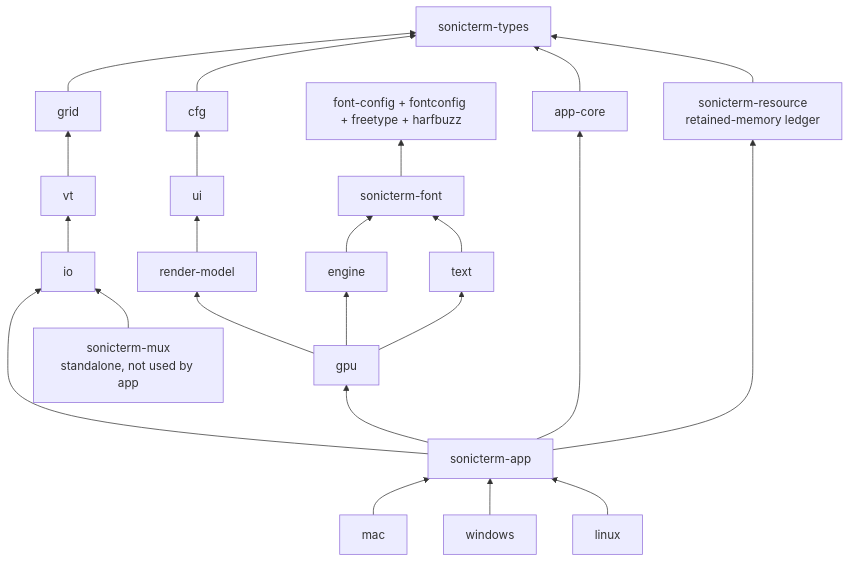
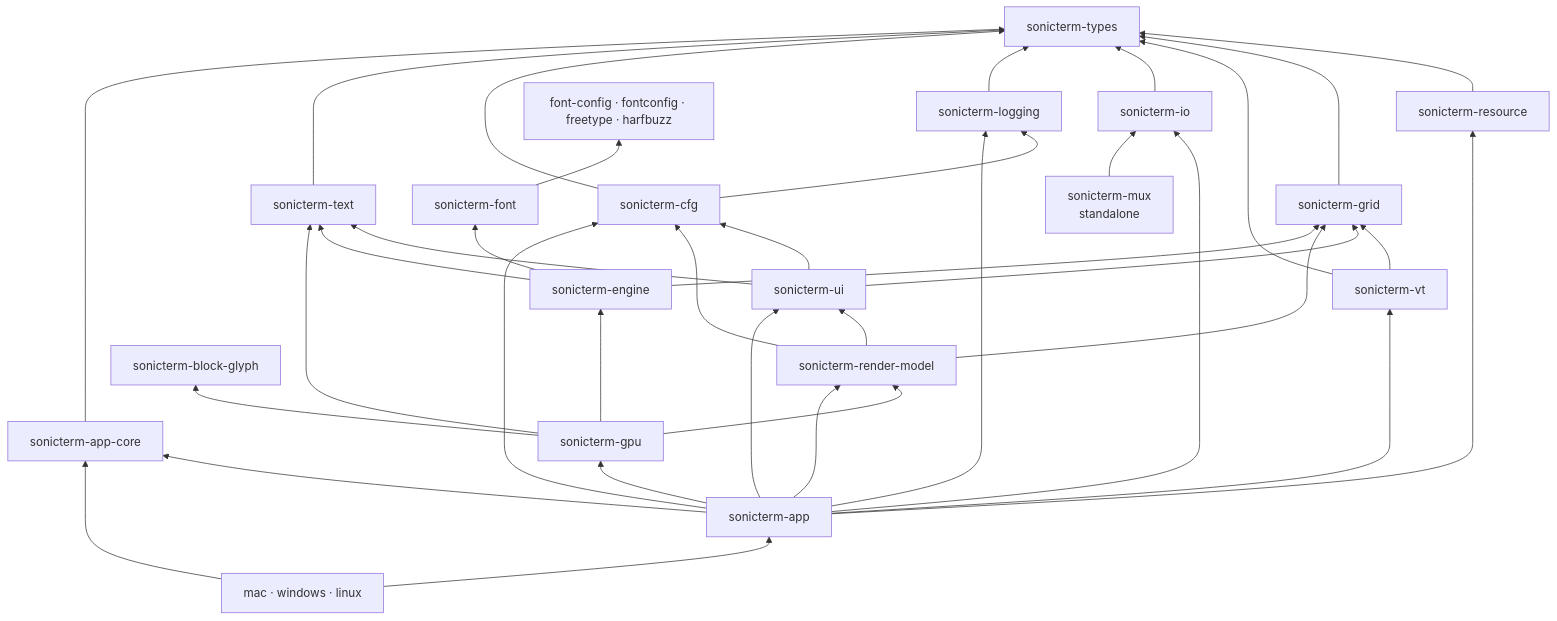
One commit to D0n9X1n/SonicTerm changed the first of 2 diagrams in wiki/Crate-Reference.md. Above: the diagram before and after it, drawn with Mermaid. The commit also changed other lines of this file and 33 other files, not shown here.

````diff
--- a/wiki/Crate-Reference.md
+++ b/wiki/Crate-Reference.md
@@ -15,47 +13,59 @@
 ```mermaid
 flowchart BT
     types["sonicterm-types"]
-    grid["grid"]
-    cfg["cfg"]
-    appcore["app-core"]
-    vt["vt"]
-    ui["ui"]
-    rm["render-model"]
-    io["io"]
-    gpu["gpu"]
+    resource["sonicterm-resource"]
+    grid["sonicterm-grid"]
+    vt["sonicterm-vt"]
+    io["sonicterm-io"]
+    logging["sonicterm-logging"]
+    cfg["sonicterm-cfg"]
+    text["sonicterm-text"]
+    ui["sonicterm-ui"]
+    model["sonicterm-render-model"]
+    fontparts["font-config · fontconfig · freetype · harfbuzz"]
+    font["sonicterm-font"]
+    engine["sonicterm-engine"]
+    block["sonicterm-block-glyph"]
+    gpu["sonicterm-gpu"]
+    core["sonicterm-app-core"]
     app["sonicterm-app"]
-    mac["mac"]
-    win["windows"]
-    linux["linux"]
-    fontsrc["font-config + fontconfig + freetype + harfbuzz"]
-    font["sonicterm-font"]
-    engine["engine"]
-    text["text"]
-    mux["sonicterm-mux<br/>standalone, not used by app"]
-    res["sonicterm-resource<br/>retained-memory ledger"]
+    platforms["mac · windows · linux"]
+    mux["sonicterm-mux<br/>standalone"]
 
+    resource --> types
     grid --> types
+    vt --> grid
+    vt --> types
+    io --> types
+    logging --> types
+    cfg --> logging
     cfg --> types
-    appcore --> types
-    vt --> grid
+    text --> types
     ui --> cfg
-    rm --> ui
-    io --> vt
-    gpu --> rm
-    app --> io
-    app --> gpu
-    app --> appcore
-    mac --> app
-    win --> app
-    linux --> app
-
-    font --> fontsrc
+    ui --> grid
+    ui --> text
+    model --> cfg
+    model --> grid
+    model --> ui
+    font --> fontparts
     engine --> font
-    text --> font
+    engine --> grid
+    engine --> text
+    gpu --> block
+    gpu --> model
     gpu --> engine
     gpu --> text
-
+    core --> types
+    app --> core
+    app --> vt
+    app --> io
+    app --> cfg
+    app --> ui
+    app --> model
+    app --> gpu
+    app --> resource
+    app --> logging
+    platforms --> app
+    platforms --> core
     mux --> io
-    res --> types
-    app --> res
 ```
````
